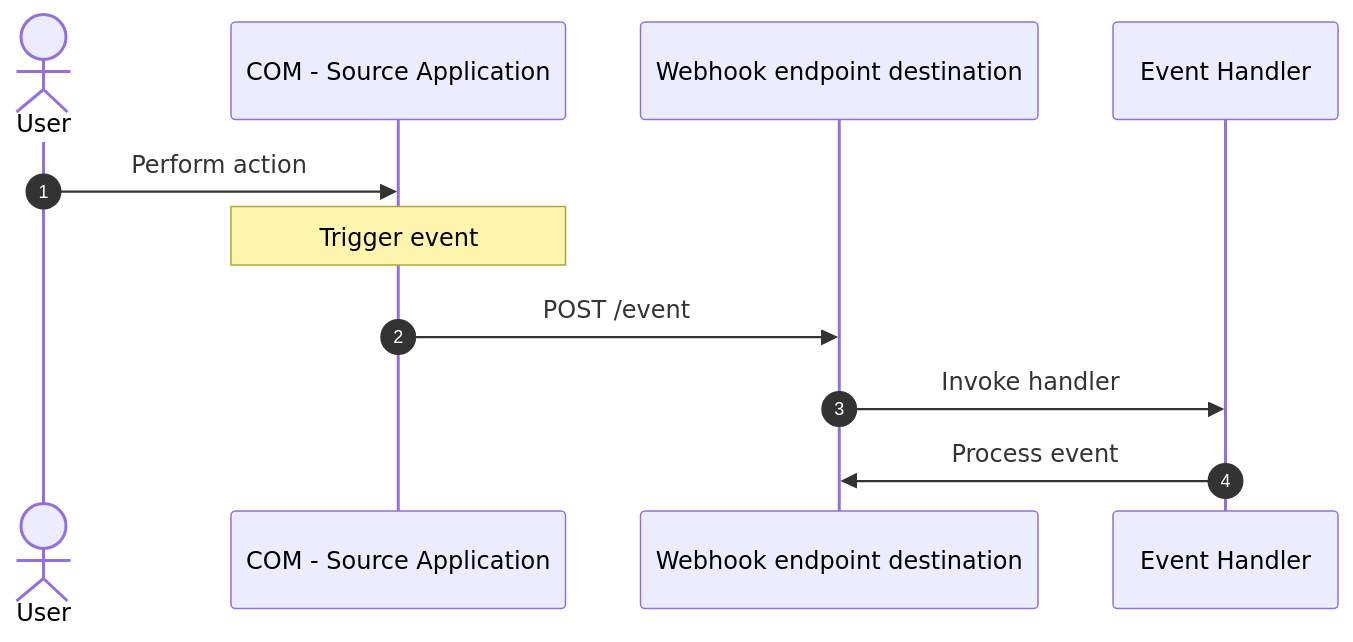
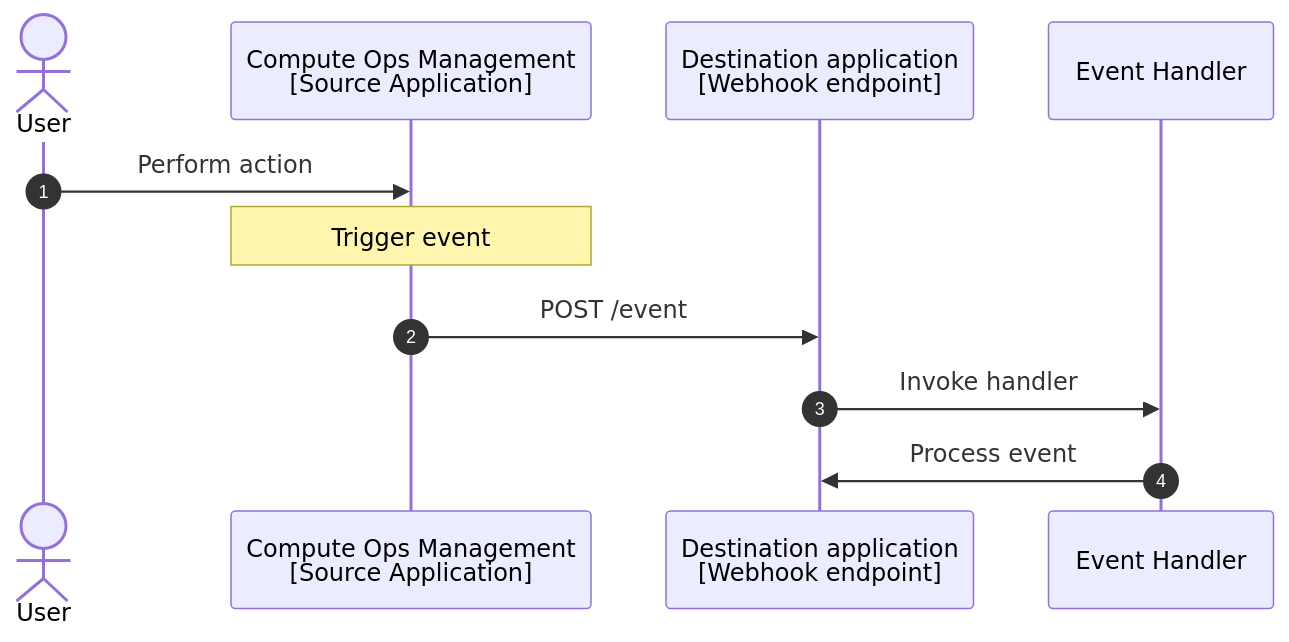
One commit to jullienl/jullienl.github.io changed the second of 3 diagrams in _posts/2024-04-25-Implementing webhooks with COM.md. Above: the diagram before and after it, drawn with Mermaid. The commit also changed other lines of this file, not shown here.

Commit message:
Improve mermaid diagrams

```diff
--- a/_posts/2024-04-25-Implementing webhooks with COM.md
+++ b/_posts/2024-04-25-Implementing webhooks with COM.md
@@ -80,14 +80,14 @@
 <div class="mermaid">
 sequenceDiagram
     autonumber
     actor User as User
-    participant SourceApp as COM - Source Application
-    participant WebhookURL as Webhook endpoint destination
+    participant SourceApp as Compute Ops Management<br>[Source Application]
+    participant WebhookURL as Destination application<br>[Webhook endpoint]
     participant Handler as Event Handler
 
     User->>SourceApp: Perform action
     Note over SourceApp: Trigger event
     SourceApp->>WebhookURL: POST /event
     WebhookURL->>Handler: Invoke handler
     Handler->>WebhookURL: Process event
 </div>
```
